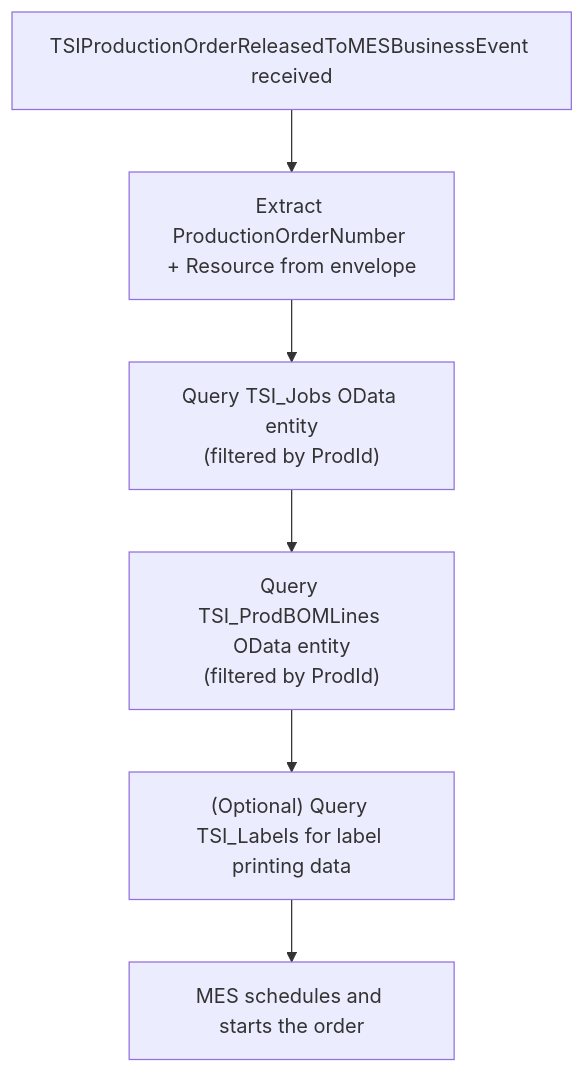
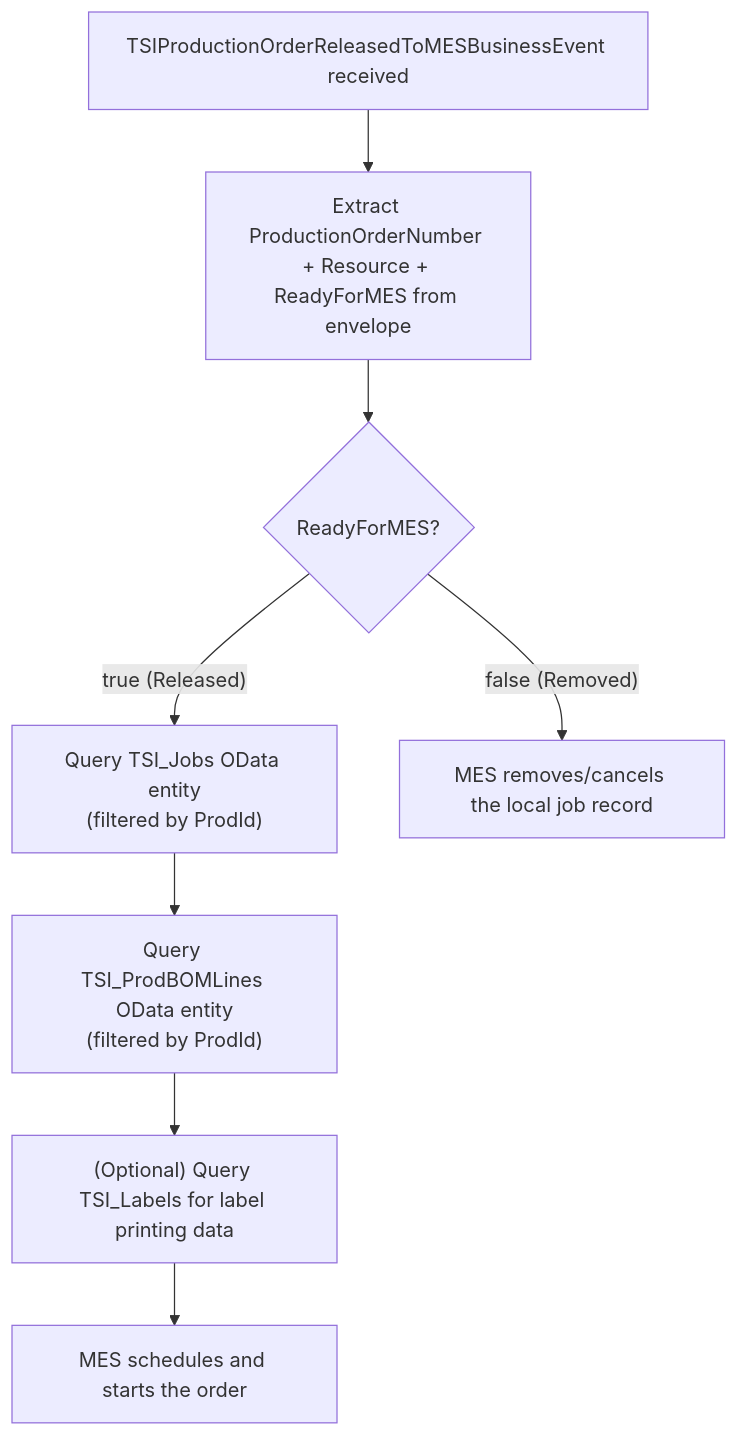
Before and after one commit to tempur-intl/d365MES-examples: diagram 12 of 12 in ARCHITECTURE.md, drawn with Mermaid. The commit also changed other lines of this file and 5 other files, not shown here.

Commit message:
Update samples/docs related to TSIProductionOrderReleasedToMESBusinessEvent and the addition of ReadyForMES

````diff
--- a/ARCHITECTURE.md
+++ b/ARCHITECTURE.md
@@ -556,8 +563,10 @@
 ```mermaid
 flowchart TD
-    A["TSIProductionOrderReleasedToMESBusinessEvent received"] --> B["Extract ProductionOrderNumber + Resource from envelope"]
-    B --> C["Query TSI_Jobs OData entity\n(filtered by ProdId)"]
-    C --> D["Query TSI_ProdBOMLines OData entity\n(filtered by ProdId)"]
-    D --> E["(Optional) Query TSI_Labels for label printing data"]
-    E --> F["MES schedules and starts the order"]
+    A["TSIProductionOrderReleasedToMESBusinessEvent received"] --> B["Extract ProductionOrderNumber + Resource + ReadyForMES from envelope"]
+    B --> C{"ReadyForMES?"}
+    C -->|"true (Released)"| D["Query TSI_Jobs OData entity\n(filtered by ProdId)"]
+    D --> E["Query TSI_ProdBOMLines OData entity\n(filtered by ProdId)"]
+    E --> F["(Optional) Query TSI_Labels for label printing data"]
+    F --> G["MES schedules and starts the order"]
+    C -->|"false (Removed)"| H["MES removes/cancels the local job record"]
 ```
````
